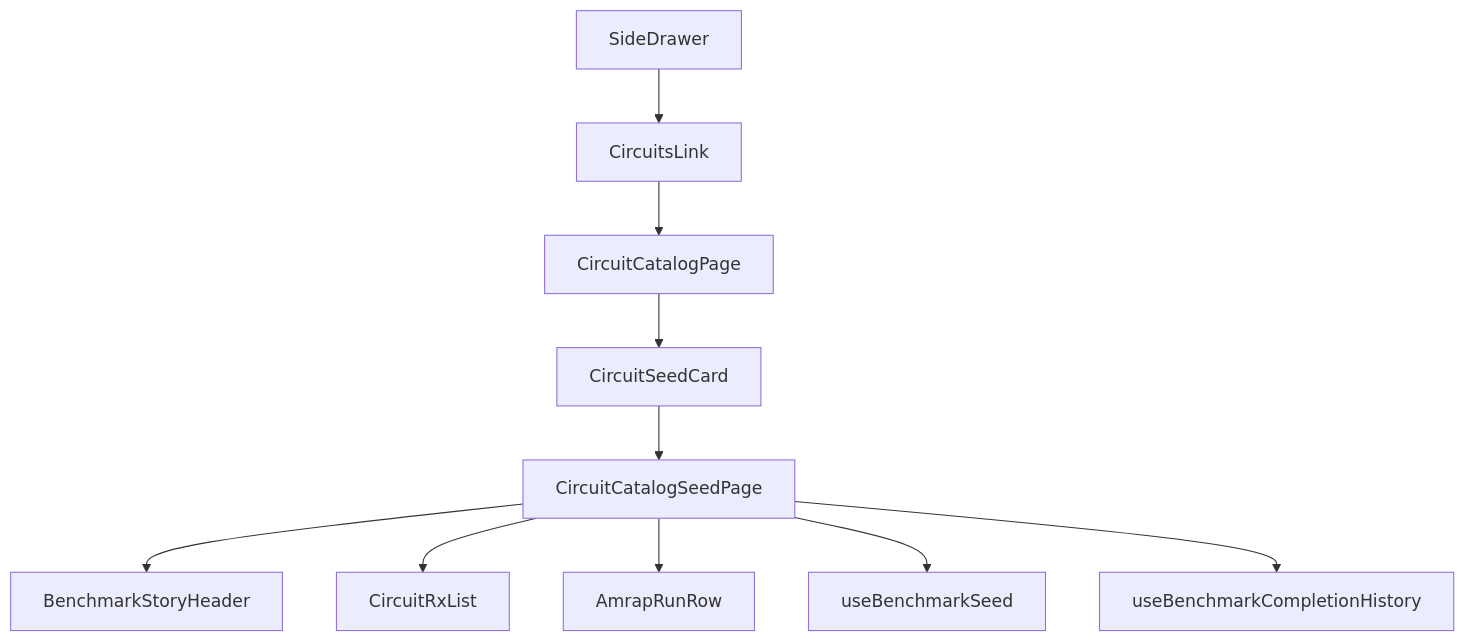
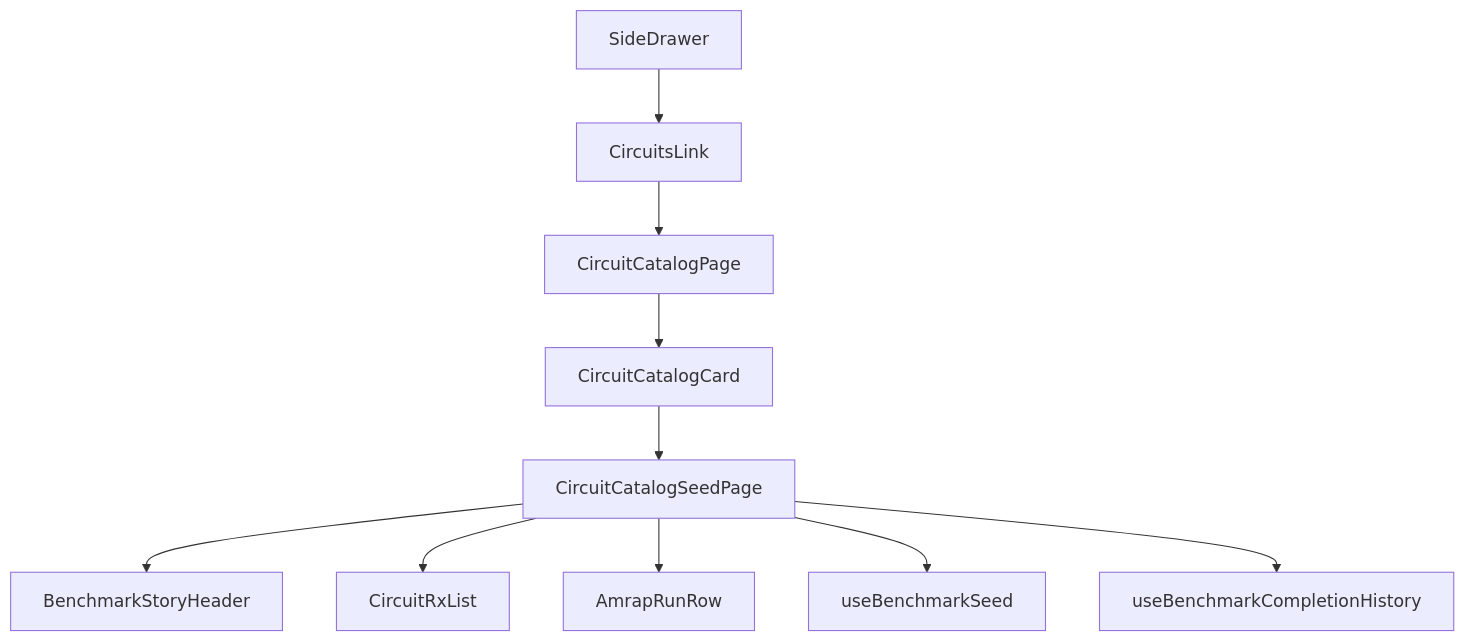
Before and after one commit to PierreTsia/workout-app: the second of 2 diagrams in docs/Tech_Plan_—_Circuit_Catalog_shelf_#483.md, drawn with Mermaid. The commit also changed other lines of this file and 3 other files, not shown here.

First line of the commit message:
fix(#483): keep circuit seed history independent of strength seed wipe

````diff
--- a/docs/Tech_Plan_—_Circuit_Catalog_shelf_#483.md
+++ b/docs/Tech_Plan_—_Circuit_Catalog_shelf_#483.md
@@ -71,12 +71,12 @@
 ```mermaid
 graph TD
     SideDrawer --> CircuitsLink
     CircuitsLink --> CircuitCatalogPage
-    CircuitCatalogPage --> CircuitSeedCard
-    CircuitSeedCard --> CircuitCatalogSeedPage
+    CircuitCatalogPage --> CircuitCatalogCard
+    CircuitCatalogCard --> CircuitCatalogSeedPage
     CircuitCatalogSeedPage --> BenchmarkStoryHeader
     CircuitCatalogSeedPage --> CircuitRxList
     CircuitCatalogSeedPage --> AmrapRunRow
     CircuitCatalogSeedPage --> useBenchmarkSeed
     CircuitCatalogSeedPage --> useBenchmarkCompletionHistory
 ```
````
